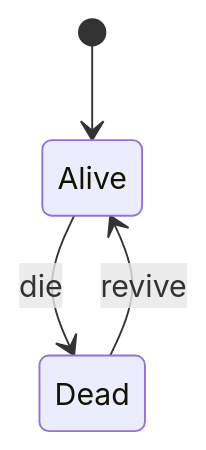
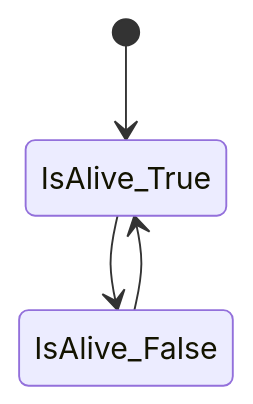
The first of 3 diagrams in FPS/Docs/PlayerCharacterController_State.md (kedzkiest/FPS), drawn with Mermaid before and after one commit. The commit also changed other lines of this file and 1 other file, not shown here.

Commit message:
プレイヤーの状態遷移図を更新

````diff
--- a/FPS/Docs/PlayerCharacterController_State.md
+++ b/FPS/Docs/PlayerCharacterController_State.md
@@ -1,8 +1,8 @@
 ```mermaid
 stateDiagram-v2
-[*] --> Alive
+[*] --> IsAlive_True
 
-Alive --> Dead: die
+IsAlive_True --> IsAlive_False
 
-Dead --> Alive: revive
+IsAlive_False --> IsAlive_True
 ```
````
